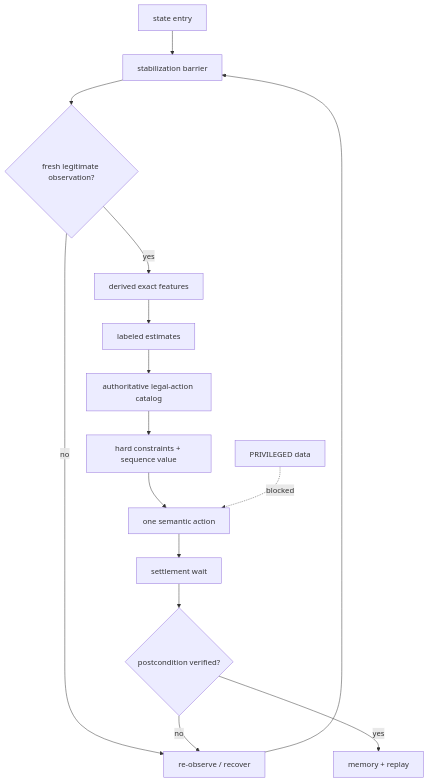
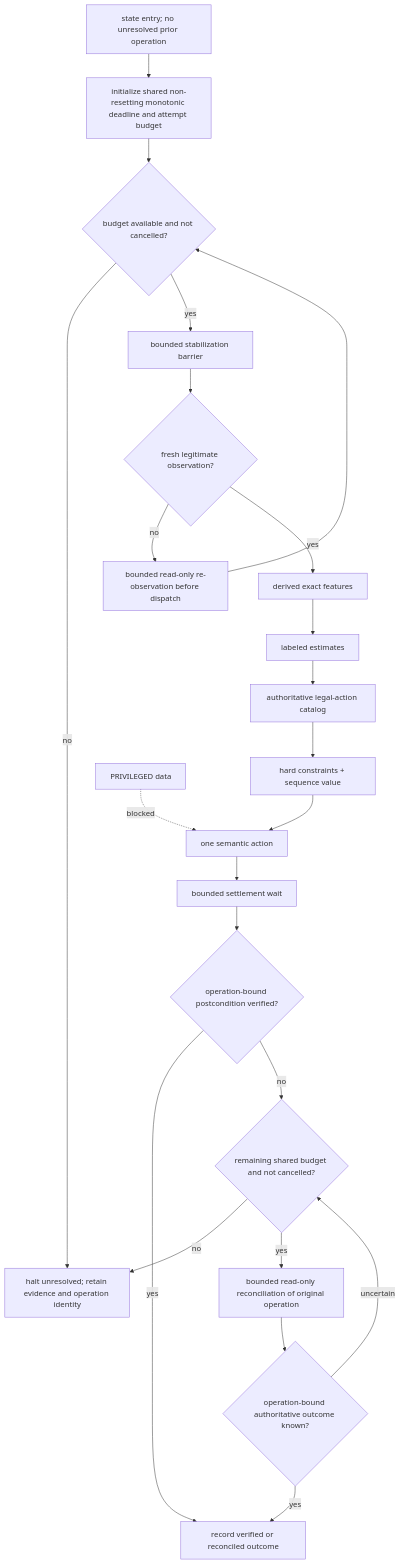
Before and after one commit to AI-Ascension/sts2-harness: the diagram in docs/research/sts2-expert-state-package/diagrams/decision-policy.mmd, drawn with Mermaid. The commit also changed 135 other files, not shown here.

Commit message:
fix(research): bound generated recovery and halt unresolved outcomes

```diff
--- a/docs/research/sts2-expert-state-package/diagrams/decision-policy.mmd
+++ b/docs/research/sts2-expert-state-package/diagrams/decision-policy.mmd
@@ -1,16 +1,25 @@
 %% Generated requirements diagram; rationale is auditable, not hidden chain-of-thought.
 flowchart TD
-    E["state entry"] --> B["stabilization barrier"]
+    E["state entry; no unresolved prior operation"] --> I["initialize shared non-resetting monotonic deadline and attempt budget"]
+    I --> Q{"budget available and not cancelled?"}
+    Q -->|no| H["halt unresolved; retain evidence and operation identity"]
+    Q -->|yes| B["bounded stabilization barrier"]
     B --> V{"fresh legitimate observation?"}
-    V -->|no| R["re-observe / recover"]
-    R --> B
+    V -->|no| O["bounded read-only re-observation before dispatch"]
+    O --> Q
     V -->|yes| D["derived exact features"]
     D --> U["labeled estimates"]
     U --> L["authoritative legal-action catalog"]
     L --> S["hard constraints + sequence value"]
     S --> X["one semantic action"]
-    X --> W["settlement wait"]
-    W --> P{"postcondition verified?"}
-    P -->|yes| M["memory + replay"]
-    P -->|no| R
+    X --> W["bounded settlement wait"]
+    W --> P{"operation-bound postcondition verified?"}
+    P -->|yes| M["record verified or reconciled outcome"]
+    P -->|no| C{"remaining shared budget and not cancelled?"}
+    C -->|no| H
+    C -->|yes| R["bounded read-only reconciliation of original operation"]
+    R --> K{"operation-bound authoritative outcome known?"}
+    K -->|yes| M
+    K -->|uncertain| C
     Z["PRIVILEGED data"] -."blocked".-> X
+    %% Fresh observations alone never return post-dispatch recovery to action selection.
```
